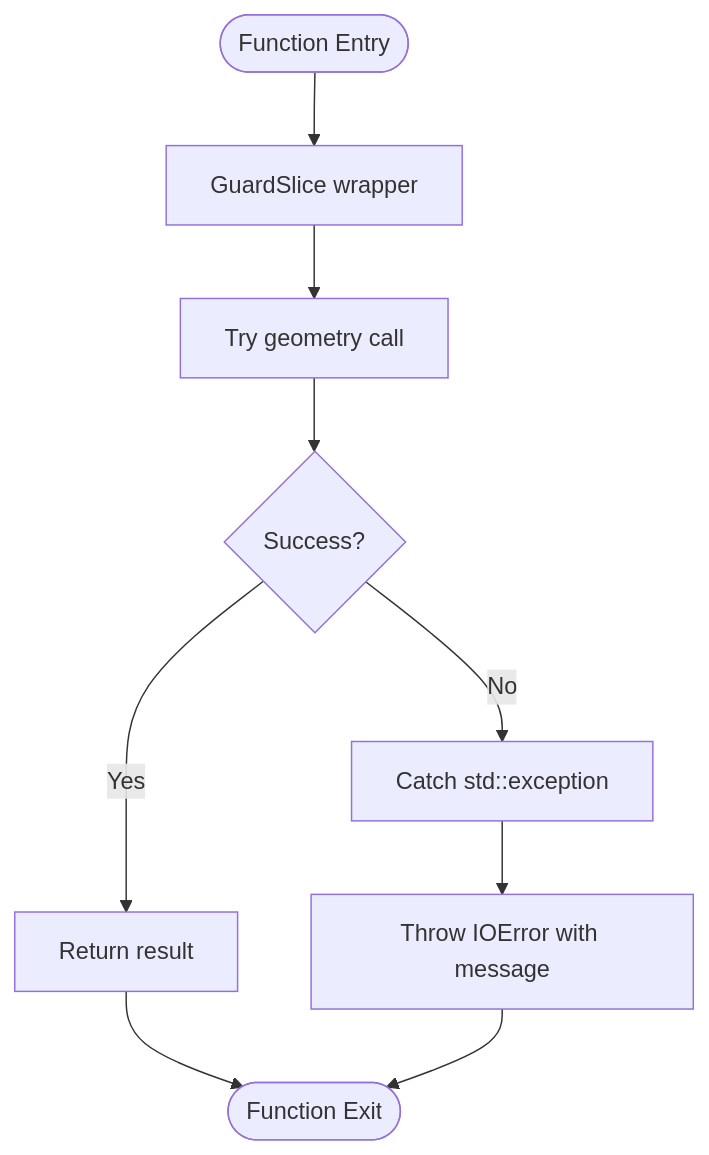
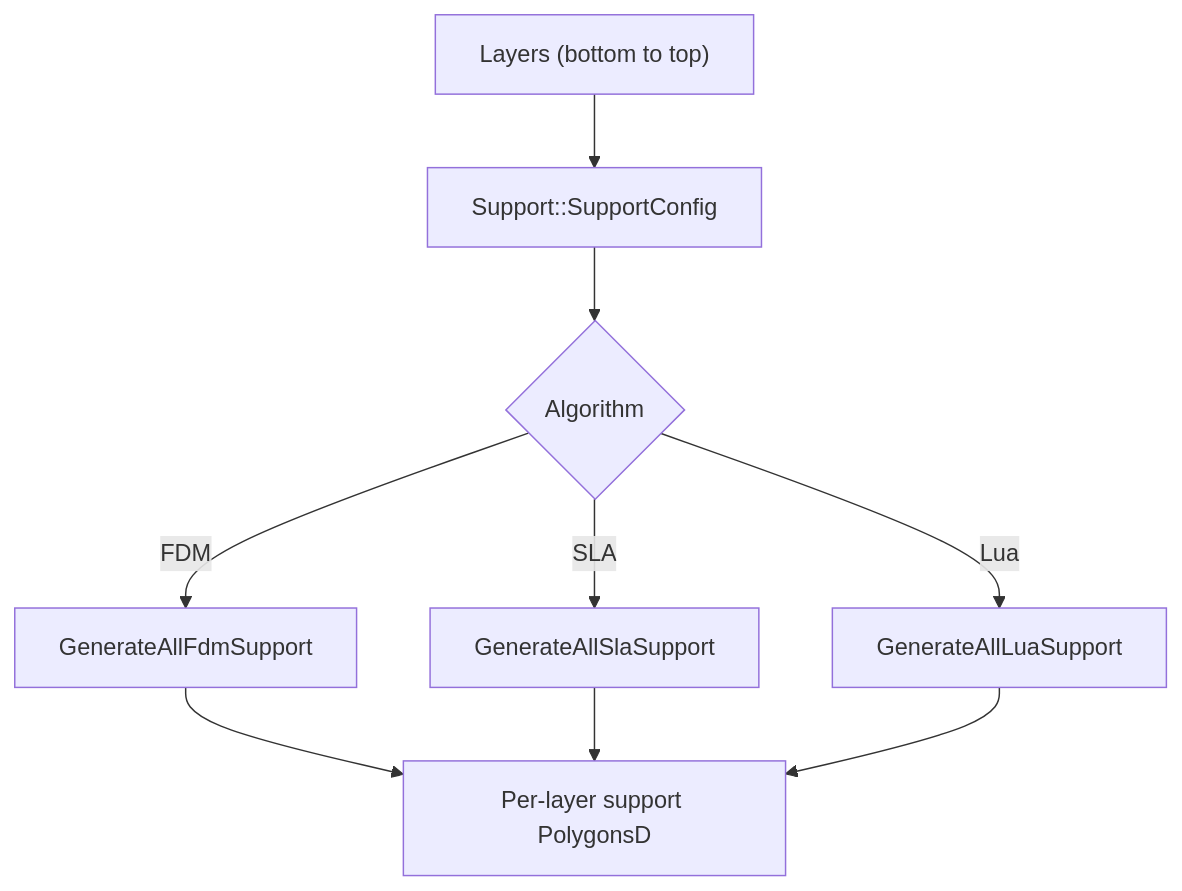
One commit to hsmbanlance/HsBaSlicer changed the seventh of 12 diagrams in .qoder/repowiki/en/content/API Reference/C++ Library API/C++ Library API.md. Above: the diagram before and after it, drawn with Mermaid. The commit also changed other lines of this file and 1095 other files, not shown here.

````diff
--- a/.qoder/repowiki/en/content/API Reference/C++ Library API/C++ Library API.md
+++ b/.qoder/repowiki/en/content/API Reference/C++ Library API/C++ Library API.md
@@ -175,11 +377,11 @@
 ```mermaid
 flowchart TD
-Start(["Function Entry"]) --> Guard["GuardSlice wrapper"]
-Guard --> TryCall["Try geometry call"]
-TryCall --> Success{"Success?"}
-Success --> |Yes| ReturnResult["Return result"]
-Success --> |No| CatchForeign["Catch std::exception"]
-CatchForeign --> ThrowIOError["Throw IOError with message"]
-ReturnResult --> End(["Function Exit"])
-ThrowIOError --> End
+Layers["Layers (bottom to top)"] --> Config["Support::SupportConfig"]
+Config --> Algo{"Algorithm"}
+Algo --> |FDM| FDM["GenerateAllFdmSupport"]
+Algo --> |SLA| SLA["GenerateAllSlaSupport"]
+Algo --> |Lua| LUA["GenerateAllLuaSupport"]
+FDM --> Out["Per-layer support PolygonsD"]
+SLA --> Out
+LUA --> Out
 ```
````
